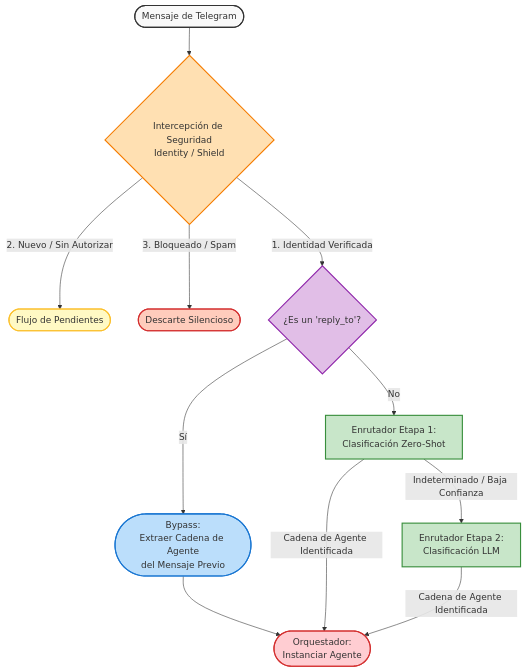
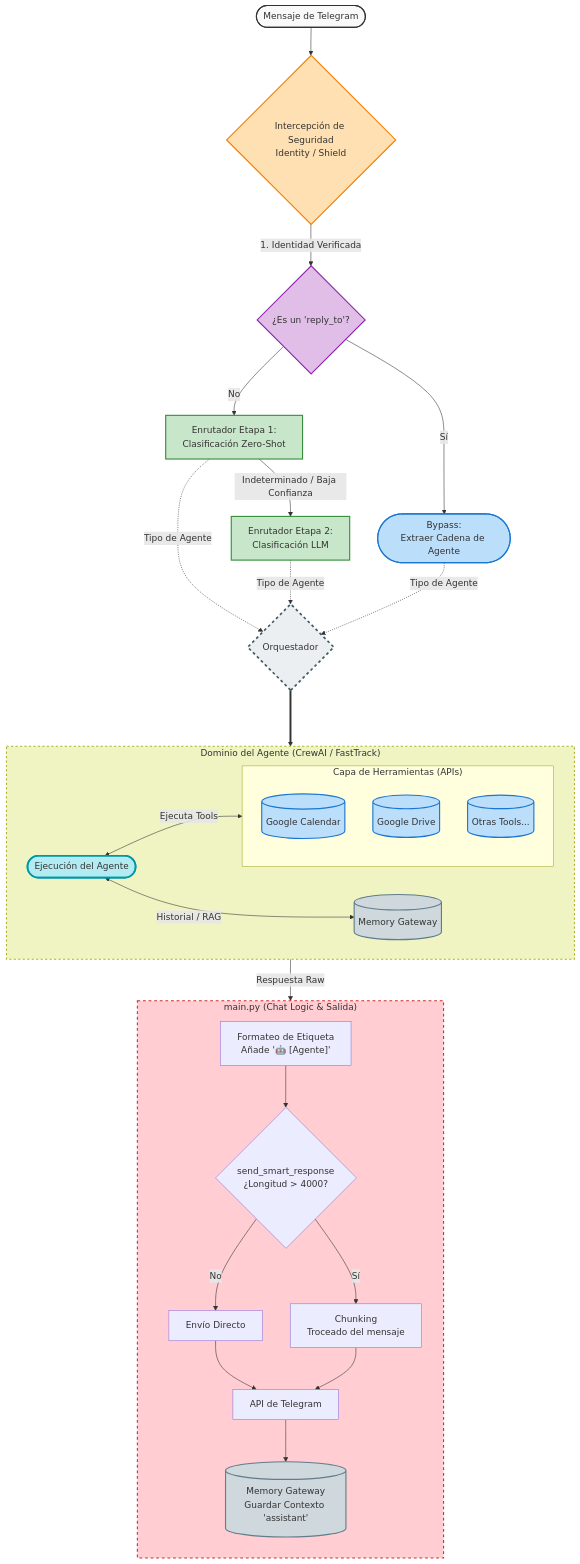
One commit to DavidGCalles/lifeOS changed the diagram in docs/message-flow-diagram.md. Above: the diagram before and after it, drawn with Mermaid. The commit also changed other lines of this file, not shown here.

Commit message:
Docs. Full message flow diagram. Done

````diff
--- a/docs/message-flow-diagram.md
+++ b/docs/message-flow-diagram.md
@@ -3,43 +3,73 @@
 ```mermaid
 flowchart TD
-    %% Punto de entrada y Seguridad
+    %% --- ENTRADA Y ENRUTAMIENTO ---
     A([Mensaje de Telegram]) --> B{Intercepción de Seguridad<br/>Identity / Shield}
     
-    B -->|2. Nuevo / Sin Autorizar| D([Flujo de Pendientes])
-    B -->|3. Bloqueado / Spam| E([Descarte Silencioso])
-    
-    %% Camino de Identidad Verificada y Evaluación de Contexto
     B -->|1. Identidad Verificada| R{¿Es un 'reply_to'?}
-    
-    %% El Bypass (Vía Rápida)
-    R -->|Sí| BP([Bypass:<br/>Extraer Cadena de Agente<br/>del Mensaje Previo])
-    BP --> ORC([Orquestador:<br/>Instanciar Agente])
-    
-    %% El Enrutador de 2 Etapas
+    R -->|Sí| BP([Bypass:<br/>Extraer Cadena de Agente])
     R -->|No| R1[Enrutador Etapa 1:<br/>Clasificación Zero-Shot]
-    
     R1 -->|Indeterminado / Baja Confianza| R2[Enrutador Etapa 2:<br/>Clasificación LLM]
     
-    %% Convergencia hacia el Orquestador
-    R1 -->|Cadena de Agente Identificada| ORC
-    R2 -->|Cadena de Agente Identificada| ORC
+    R1 -.->|Tipo de Agente| ORC
+    R2 -.->|Tipo de Agente| ORC
+    BP -.->|Tipo de Agente| ORC
 
-    %% Estilos para separar dominios visualmente
+    %% --- EJECUCIÓN (El Dominio del Agente y sus dependencias) ---
+    ORC{Orquestador} ===> EXEC([Ejecución del Agente])
+    
+    subgraph AGENT_DOMAIN ["Dominio del Agente (CrewAI / FastTrack)"]
+        direction LR
+        EXEC <-->|Historial / RAG| MEM_GATE[(Memory Gateway)]
+        
+        %% Herramientas Externas
+        subgraph TOOLS ["Capa de Herramientas (APIs)"]
+            direction TB
+            CAL[(Google Calendar)]
+            DRIVE[(Google Drive)]
+            OTHERS[(Otras Tools...)]
+        end
+        
+        EXEC <-->|Ejecuta Tools| TOOLS
+    end
+
+    %% --- SALIDA (El dominio acoplado de main.py) ---
+    EXEC -->|Respuesta Raw| MAIN
+    
+    subgraph MAIN ["main.py (Chat Logic & Salida)"]
+        direction TB
+        FMT["Formateo de Etiqueta<br/>Añade '🤖 [Agente]'"] --> CHNK{send_smart_response<br/>¿Longitud > 4000?}
+        
+        CHNK -->|No| DIR[Envío Directo]
+        CHNK -->|Sí| SPLIT[Chunking<br/>Troceado del mensaje]
+        
+        DIR --> TG[API de Telegram]
+        SPLIT --> TG
+        
+        TG --> MEM[(Memory Gateway<br/>Guardar Contexto 'assistant')]
+    end
+
+    %% Estilos
     classDef entry fill:#f9f9f9,stroke:#333,stroke-width:2px;
     classDef security fill:#ffe0b2,stroke:#f57c00,stroke-width:2px;
-    classDef pending fill:#fff9c4,stroke:#fbc02d,stroke-width:2px;
-    classDef rejected fill:#ffccbc,stroke:#d32f2f,stroke-width:2px;
     classDef decision fill:#e1bee7,stroke:#8e24aa,stroke-width:2px;
     classDef process fill:#c8e6c9,stroke:#388e3c,stroke-width:2px;
     classDef bypass fill:#bbdefb,stroke:#1976d2,stroke-width:2px;
-    classDef core fill:#ffcdd2,stroke:#d32f2f,stroke-width:2px;
+    classDef orchestrator fill:#eceff1,stroke:#455a64,stroke-width:3px,stroke-dasharray: 5 5;
+    classDef exec fill:#b2ebf2,stroke:#0097a7,stroke-width:3px;
+    classDef domain fill:#f0f4c3,stroke:#afb42b,stroke-width:2px,stroke-dasharray: 4 4;
+    classDef tools fill:#bbdefb,stroke:#1976d2,stroke-width:2px;
+    classDef badsmell fill:#ffcdd2,stroke:#d32f2f,stroke-width:2px,stroke-dasharray: 5 5;
+    classDef storage fill:#cfd8dc,stroke:#607d8b,stroke-width:2px;
 
     class A entry;
     class B security;
-    class D pending;
-    class E rejected;
     class R decision;
     class R1,R2 process;
     class BP bypass;
-    class ORC core;
+    class ORC orchestrator;
+    class EXEC exec;
+    class AGENT_DOMAIN domain;
+    class CAL,DRIVE,OTHERS tools;
+    class MAIN badsmell;
+    class MEM,MEM_GATE storage;
 ```
````
